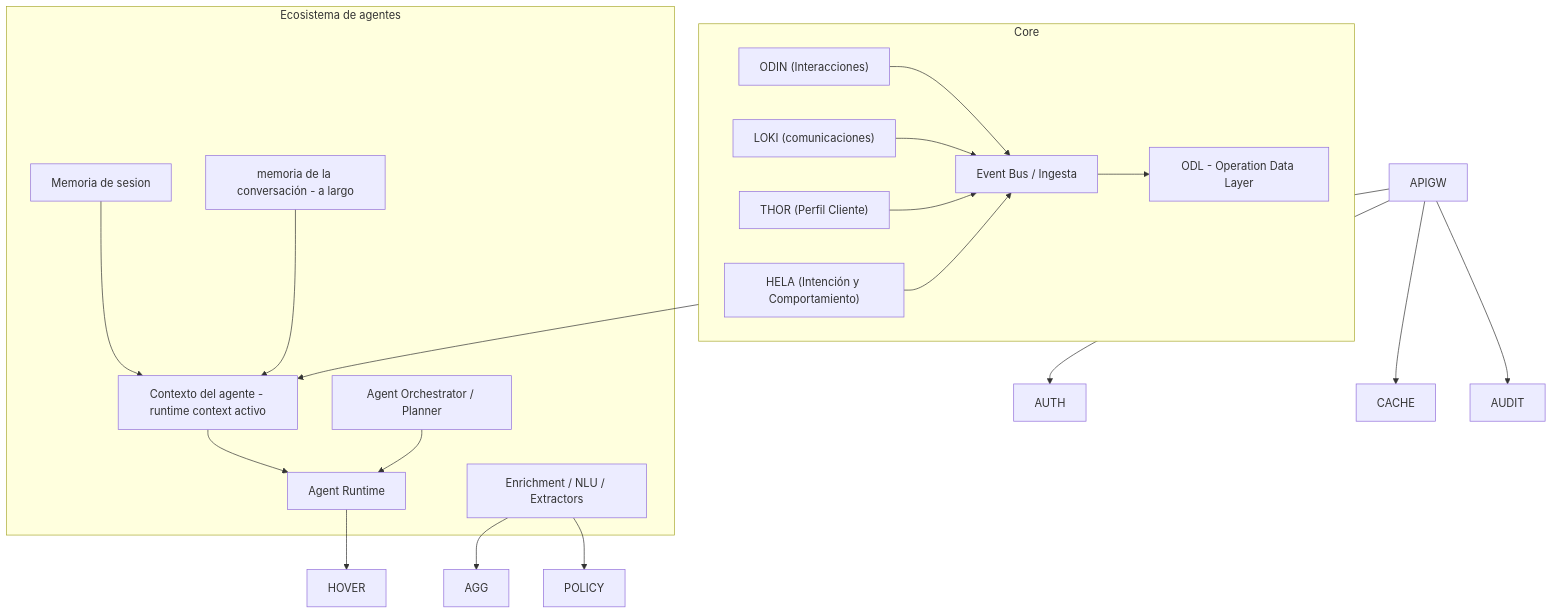
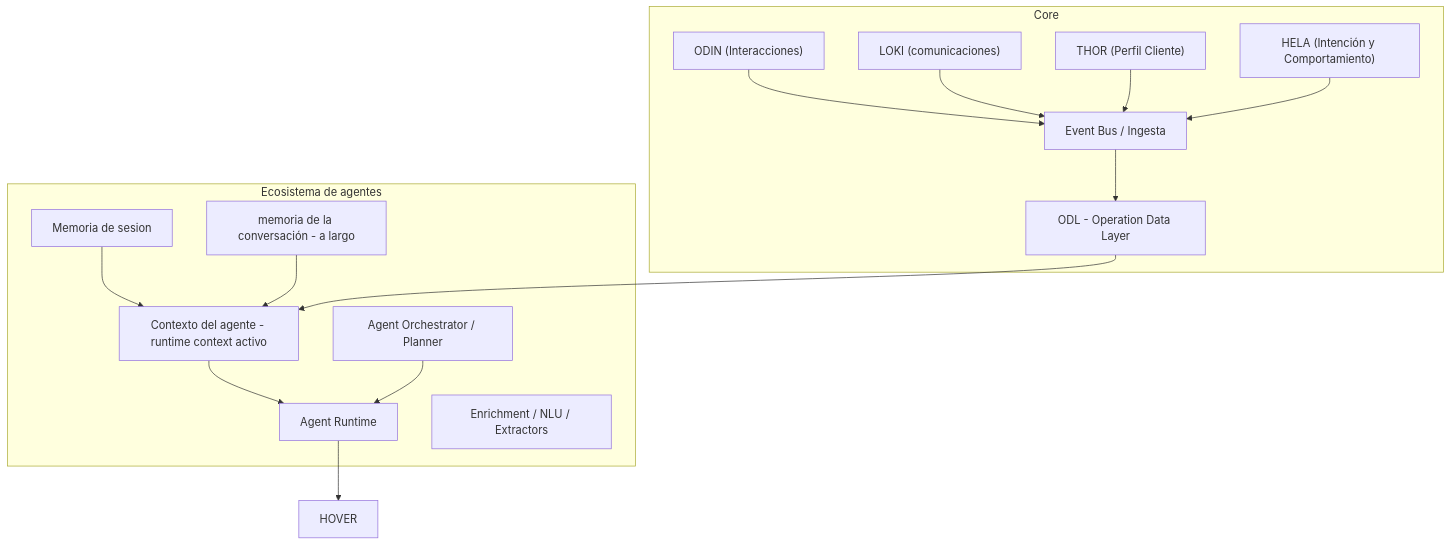
Before and after one commit to olgajoyas/ejemplos: the diagram in contexto-básico.md, drawn with Mermaid.

````diff
--- a/contexto-básico.md
+++ b/contexto-básico.md
@@ -1,42 +1,38 @@
 ```mermaid
 flowchart TD
 
   subgraph TRAD["Core"]
     A1["ODIN (Interacciones)"]
     A2["LOKI (comunicaciones)"]
     A3["THOR (Perfil Cliente)"]
     A4["HELA (Intención y Comportamiento)"]
 
     EB["Event Bus / Ingesta"]
     ODL["ODL - Operation Data Layer"]
     
     A1 --> EB
     A2 --> EB
     A3 --> EB
     A4 --> EB
     EB --> ODL
   end
 
   subgraph GENAI["Ecosistema de agentes"]
     STM["Memoria de sesion"]
     CTX["Contexto del agente - runtime context activo"]
     VEC["memoria de la conversación - a largo"]
     R1["Agent Runtime"]
     ORCH["Agent Orchestrator / Planner"]
     ENRICH["Enrichment / NLU / Extractors"]
 
     STM --> CTX
     VEC --> CTX
     CTX --> R1
     ORCH --> R1
   end
 
-  APIGW --> CTX
-  ENRICH --> AGG
-  ENRICH --> POLICY
-  APIGW --> AUTH
-  APIGW --> CACHE
-  APIGW --> AUDIT
+  ODL --> CTX
+
   R1 --> HOVER
 
 ```
````
